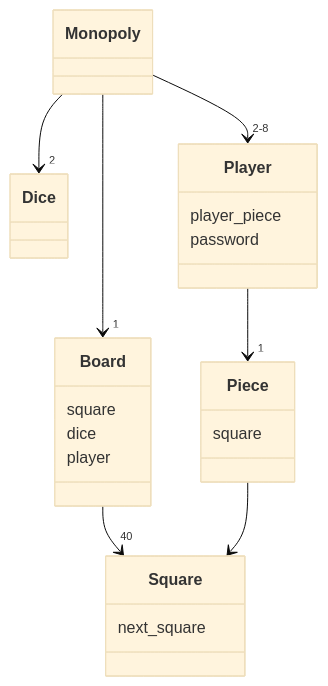
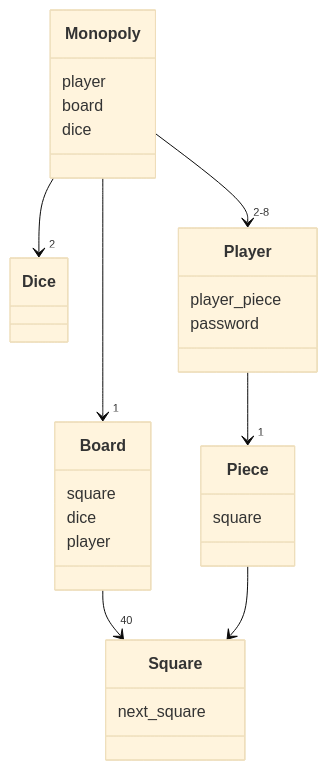
One commit to JesseHantula/JokerPoker changed the diagram in laskarit/viikko3/classdiagram.md. Above: the diagram before and after it, drawn with Mermaid (base theme).

````diff
--- a/laskarit/viikko3/classdiagram.md
+++ b/laskarit/viikko3/classdiagram.md
@@ -1,30 +1,32 @@
 ```mermaid
 classDiagram
     Monopoly --> "2" Dice
     Monopoly --> "1" Board
     Monopoly --> "2-8" Player
     Board --> "40" Square
     Piece --> Square
     Player --> "1" Piece
         class Monopoly{
-
+            player
+            board
+            dice
         }
         class Dice{
 
         }
         class Player{
             player_piece
             password
         }
         class Board{
             square
             dice
             player
         }
         class Square{
             next_square
         }
         class Piece{
             square
         }
 ```
````
